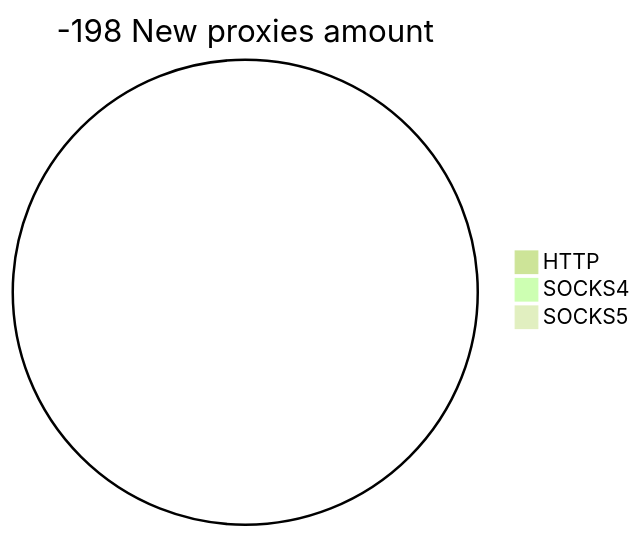
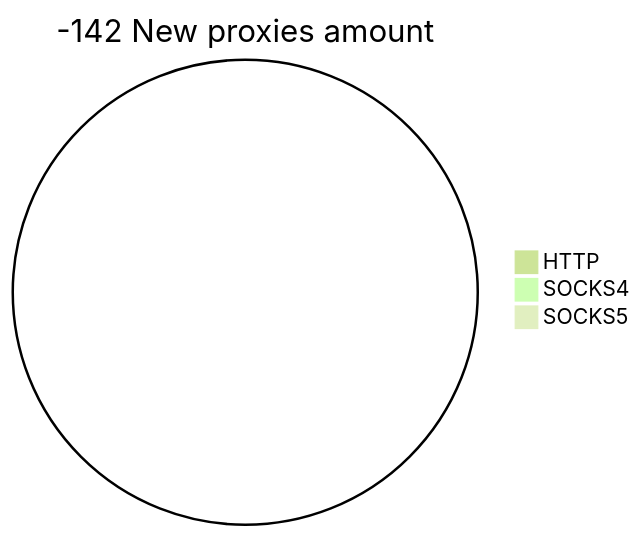
The second of 2 diagrams in README.md (cutipu/proxylist), drawn with Mermaid (forest theme) before and after one commit. The commit also changed other lines of this file, not shown here.

````diff
--- a/README.md
+++ b/README.md
@@ -10,6 +10,6 @@
 ```mermaid
-pie title -198 New proxies amount
+pie title -142 New proxies amount
     "HTTP" : 0
     "SOCKS4" : 0
     "SOCKS5" : 0
 ```
````
